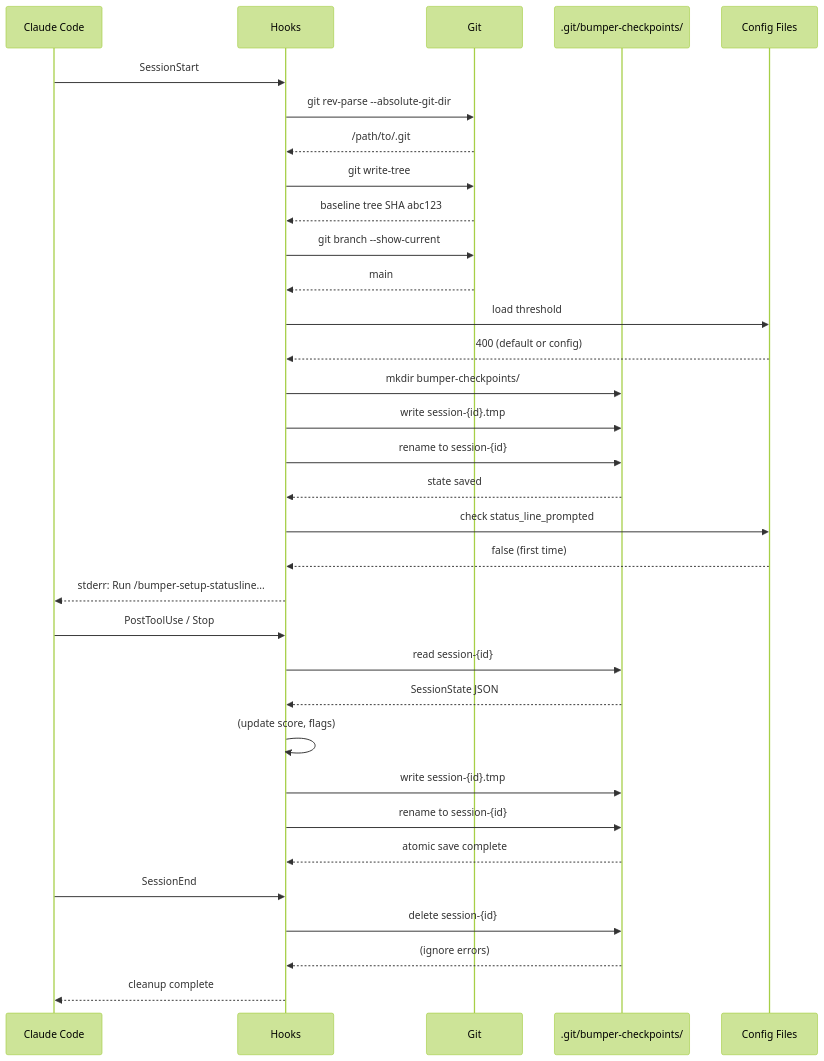
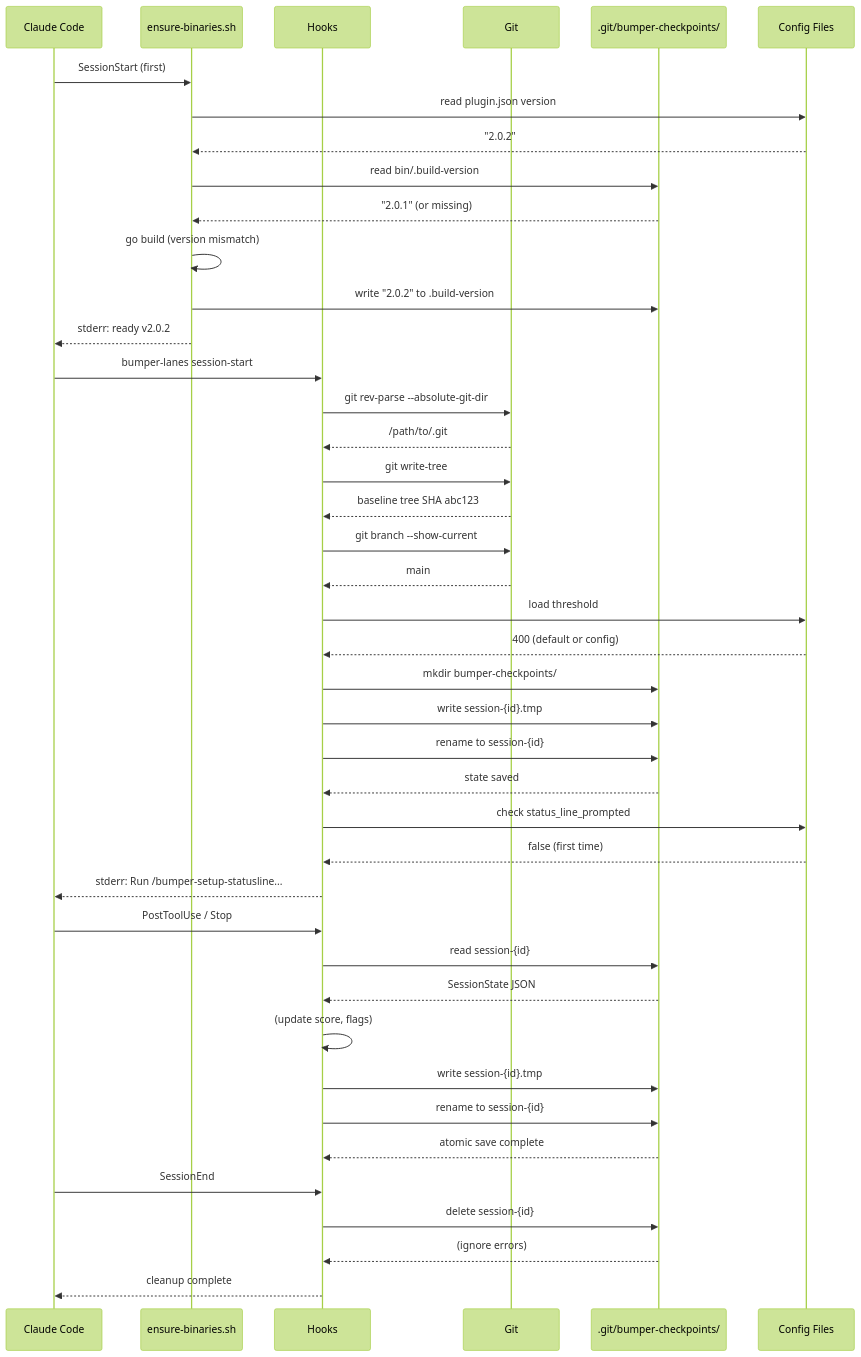
The diagram in docs/session-lifecycle-sequence.mmd (kylesnowschwartz/claude-bumper-lanes), drawn with Mermaid (forest theme) before and after one commit. The commit also changed 4 other files, not shown here.

First line of the commit message:
feat: auto-rebuild binaries on plugin update via version sentinel

```diff
--- a/docs/session-lifecycle-sequence.mmd
+++ b/docs/session-lifecycle-sequence.mmd
@@ -1,89 +1,108 @@
 %% Session Lifecycle: Checkpoint creation, updates, and cleanup
 %% Render: cat session-lifecycle-sequence.mmd | mermaid-ascii -f -
 %% Focus: State persistence in .git/bumper-checkpoints/
 
 sequenceDiagram
     participant CC as Claude Code
+    participant Bin as ensure-binaries.sh
     participant Hook as Hooks
     participant Git
     participant FS as .git/bumper-checkpoints/
     participant Cfg as Config Files
 
+    %% === BINARY VERSION CHECK (ensure-binaries.sh) ===
+    CC->>Bin: SessionStart (first)
+    Bin->>Cfg: read plugin.json version
+    Cfg-->>Bin: "2.0.2"
+    Bin->>FS: read bin/.build-version
+    FS-->>Bin: "2.0.1" (or missing)
+    Bin->>Bin: go build (version mismatch)
+    Bin->>FS: write "2.0.2" to .build-version
+    Bin-->>CC: stderr: ready v2.0.2
+
     %% === SESSION START ===
-    CC->>Hook: SessionStart
+    CC->>Hook: bumper-lanes session-start
     Hook->>Git: git rev-parse --absolute-git-dir
     Git-->>Hook: /path/to/.git
     Hook->>Git: git write-tree
     Git-->>Hook: baseline tree SHA abc123
     Hook->>Git: git branch --show-current
     Git-->>Hook: main
     Hook->>Cfg: load threshold
     Cfg-->>Hook: 400 (default or config)
 
     %% Create checkpoint directory and state file
     Hook->>FS: mkdir bumper-checkpoints/
     Hook->>FS: write session-{id}.tmp
     Hook->>FS: rename to session-{id}
     FS-->>Hook: state saved
 
     %% One-time prompt check
     Hook->>Cfg: check status_line_prompted
     Cfg-->>Hook: false (first time)
     Hook-->>CC: stderr: Run /bumper-setup-statusline...
 
     %% === DURING SESSION (each hook call) ===
     CC->>Hook: PostToolUse / Stop
     Hook->>FS: read session-{id}
     FS-->>Hook: SessionState JSON
     Hook->>Hook: (update score, flags)
     Hook->>FS: write session-{id}.tmp
     Hook->>FS: rename to session-{id}
     FS-->>Hook: atomic save complete
 
     %% === SESSION END ===
     CC->>Hook: SessionEnd
     Hook->>FS: delete session-{id}
     FS-->>Hook: (ignore errors)
     Hook-->>CC: cleanup complete
 
 %% ============================================================
 %% VALIDATION REFERENCES
 %% ============================================================
+%% - ensure-binaries.sh: scripts/ensure-binaries.sh (version sentinel)
 %% - SessionStart: internal/hooks/session_start.go:16-52
 %% - State New(): internal/state/session.go:135-153
 %% - State Save(): internal/state/session.go:90-133 (atomic write)
 %% - State Load(): internal/state/session.go:66-88
 %% - State Delete(): internal/state/session.go:155-162
 %% - SessionEnd: internal/hooks/session_end.go:9-13
 %% - Checkpoint dir: internal/state/session.go:35-45
 %%
 %% STATE FILE LOCATION
 %% Path: {git-dir}/bumper-checkpoints/session-{session_id}
 %% - Uses --absolute-git-dir for worktree support
 %% - Each worktree gets isolated checkpoints
 %%
 %% STATE FILE CONTENTS (JSON)
 %% {
 %%   "session_id": "abc123",
 %%   "baseline_tree": "def456",
 %%   "baseline_branch": "main",
 %%   "score": 125,
 %%   "threshold_limit": 400,
 %%   "stop_triggered": false,
 %%   "paused": false,
 %%   "view_mode": "tree",
 %%   "view_opts": "--width 80",
 %%   "created_at": "2024-01-15T10:30:00Z",
 %%   "repo_path": "/path/to/repo"
 %% }
 %%
 %% ATOMIC WRITES
 %% 1. Write to session-{id}.tmp
 %% 2. Rename to session-{id}
 %% Prevents race conditions between parallel hooks
 %%
+%% VERSION SENTINEL
+%% Path: bin/.build-version
+%% - Contains plugin version that binaries were built for
+%% - Compared against .claude-plugin/plugin.json on SessionStart
+%% - Triggers rebuild on version mismatch (plugin update scenario)
+%% - Fast path (~33ms) when version matches and binaries exist
+%%
 %% PAIN POINTS
 %% 1. State read/write on every hook call (I/O overhead)
 %% 2. No cleanup of orphaned checkpoints if session crashes
 %% 3. Checkpoint dir accumulates lock files on crashes
 %% 4. No state versioning - schema changes break old files
```
